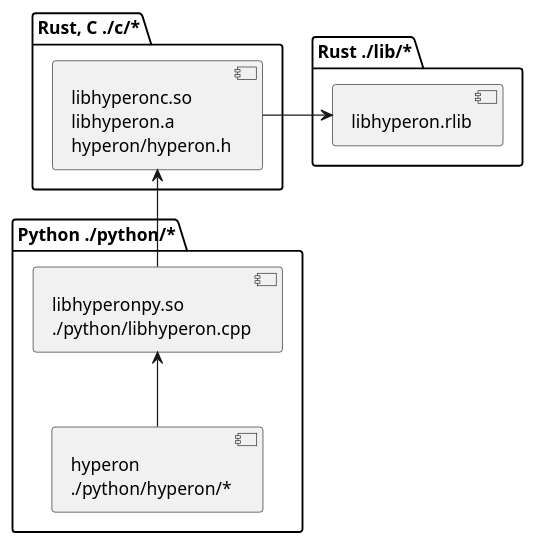
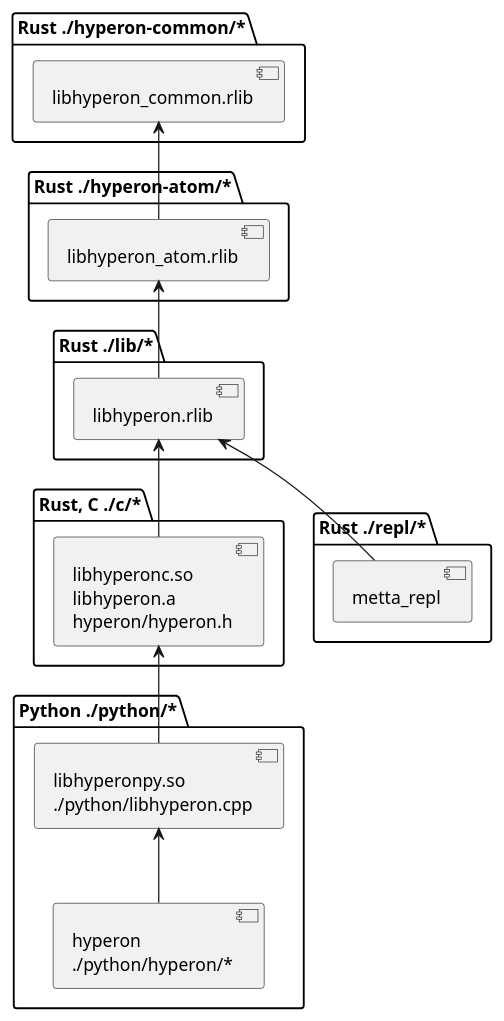
One commit to trueagi-io/hyperon-experimental changed the diagram in docs/assets/structure.plantuml. Above: the diagram before and after it, drawn with PlantUML. The commit also changed 2 other files, not shown here.

Commit message:
Add new crates into README.md and on the package diagram

```diff
--- a/docs/assets/structure.plantuml
+++ b/docs/assets/structure.plantuml
@@ -1,20 +1,33 @@
 @startuml
+package "Rust ./hyperon-common/*" {
+  [libhyperon_common.rlib] as libhyperon_common
+}
+
+package "Rust ./hyperon-atom/*" {
+  [libhyperon_atom.rlib] as libhyperon_atom
+}
 
 package "Rust ./lib/*" {
   [libhyperon.rlib] as libhyperon
 }
 
 package "Rust, C ./c/*" {
   [libhyperonc.so\nlibhyperon.a\nhyperon/hyperon.h] as libhyperonc
 }
 
 package "Python ./python/*" {
   [libhyperonpy.so\n./python/libhyperon.cpp] as libhyperonpy
   [hyperon\n./python/hyperon/*] as hyperonpy
 }
 
-libhyperonc -> libhyperon
+package "Rust ./repl/*" {
+  [metta_repl] as metta_repl
+}
+
+libhyperon_atom -u-> libhyperon_common
+libhyperon -u-> libhyperon_atom
+libhyperonc -u-> libhyperon
 libhyperonpy -u-> libhyperonc
 hyperonpy -u-> libhyperonpy
-
+metta_repl -u-> libhyperon
 @enduml
```
